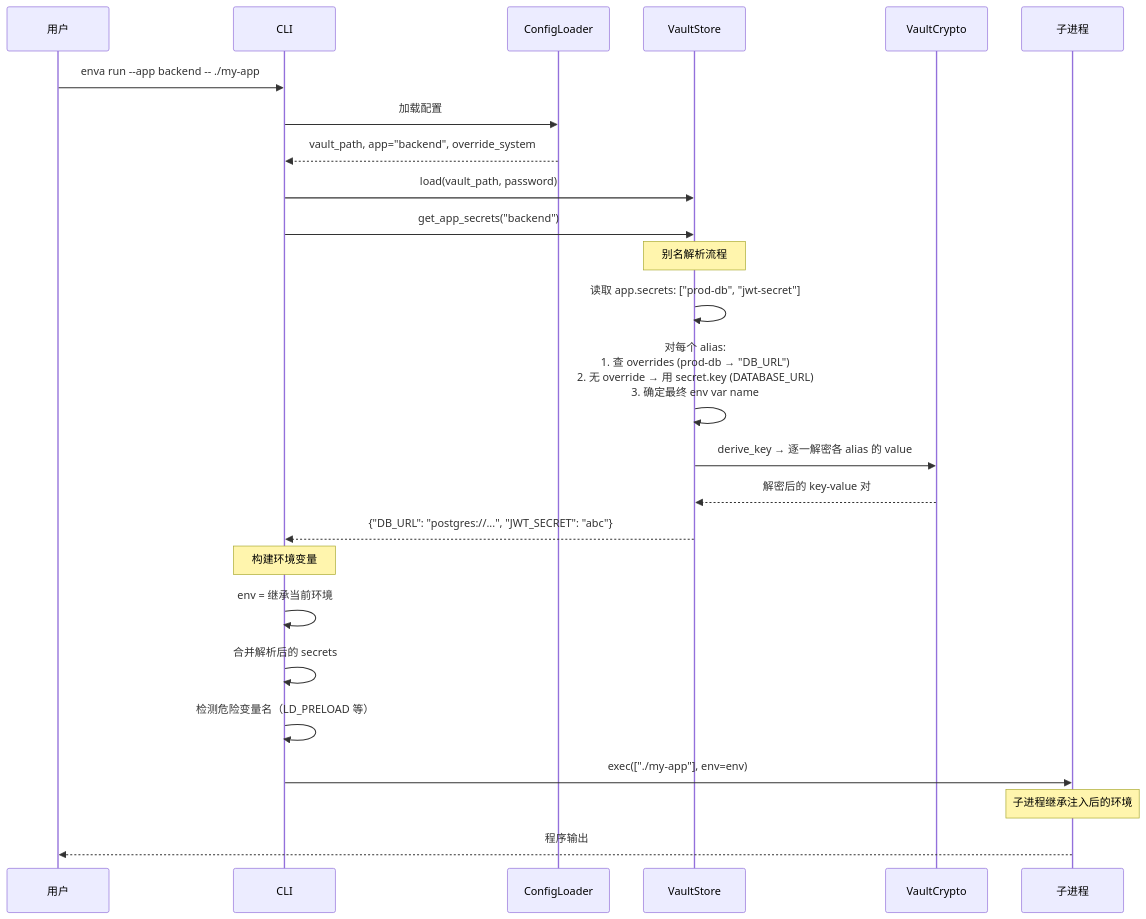
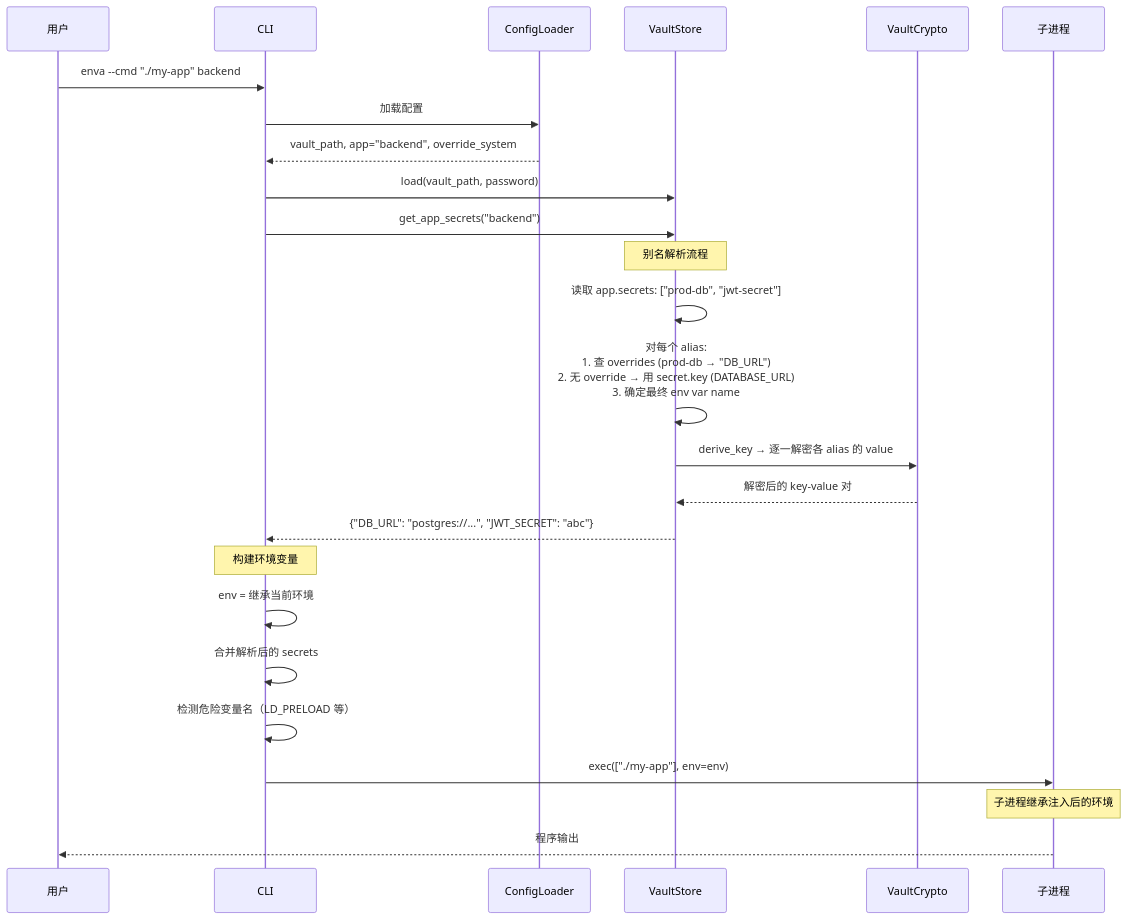
Before and after one commit to YoRHa-Agents/EnvA: the third of 4 diagrams in docs/design/zh/architecture.md, drawn with Mermaid. The commit also changed other lines of this file and 22 other files, not shown here.

````diff
--- a/docs/design/zh/architecture.md
+++ b/docs/design/zh/architecture.md
@@ -90,31 +90,31 @@
 ```mermaid
 sequenceDiagram
     participant U as 用户
     participant CLI as CLI
     participant CFG as ConfigLoader
     participant VS as VaultStore
     participant VC as VaultCrypto
     participant CP as 子进程
 
-    U->>CLI: enva run --app backend -- ./my-app
+    U->>CLI: enva --cmd "./my-app" backend
     CLI->>CFG: 加载配置
     CFG-->>CLI: vault_path, app="backend", override_system
     CLI->>VS: load(vault_path, password)
     CLI->>VS: get_app_secrets("backend")
 
     Note over VS: 别名解析流程
     VS->>VS: 读取 app.secrets: ["prod-db", "jwt-secret"]
     VS->>VS: 对每个 alias:<br/>1. 查 overrides (prod-db → "DB_URL")<br/>2. 无 override → 用 secret.key (DATABASE_URL)<br/>3. 确定最终 env var name
     VS->>VC: derive_key → 逐一解密各 alias 的 value
     VC-->>VS: 解密后的 key-value 对
     VS-->>CLI: {"DB_URL": "postgres://...", "JWT_SECRET": "abc"}
 
     Note over CLI: 构建环境变量
     CLI->>CLI: env = 继承当前环境
     CLI->>CLI: 合并解析后的 secrets
     CLI->>CLI: 检测危险变量名（LD_PRELOAD 等）
 
     CLI->>CP: exec(["./my-app"], env=env)
     Note over CP: 子进程继承注入后的环境
     CP-->>U: 程序输出
 ```
````
